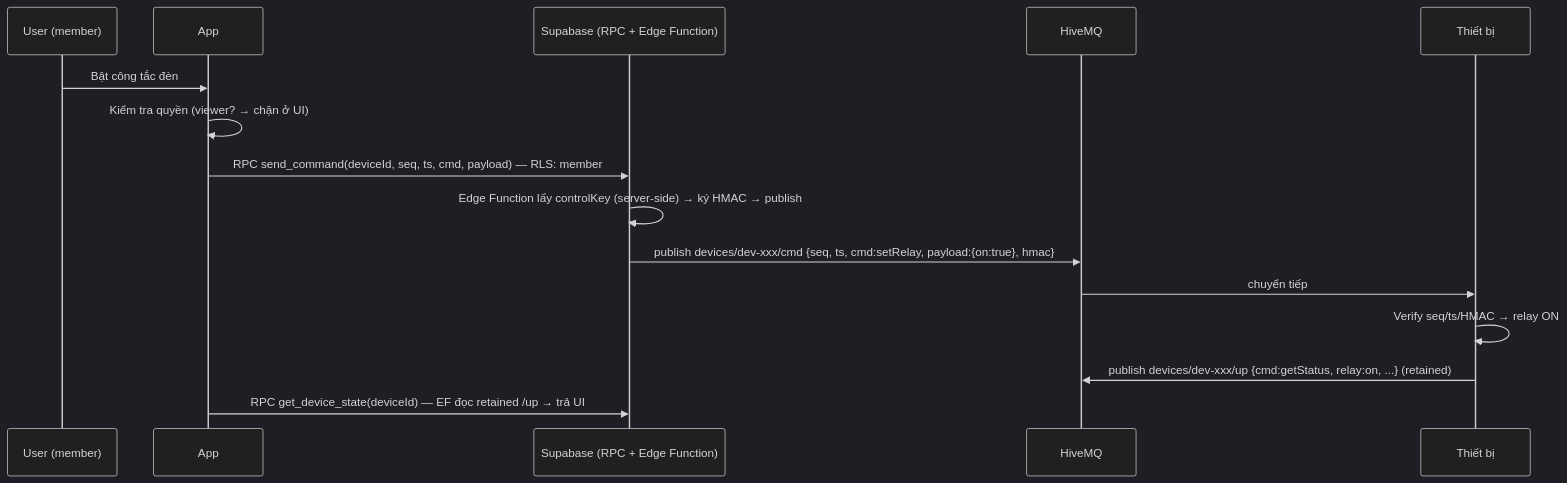
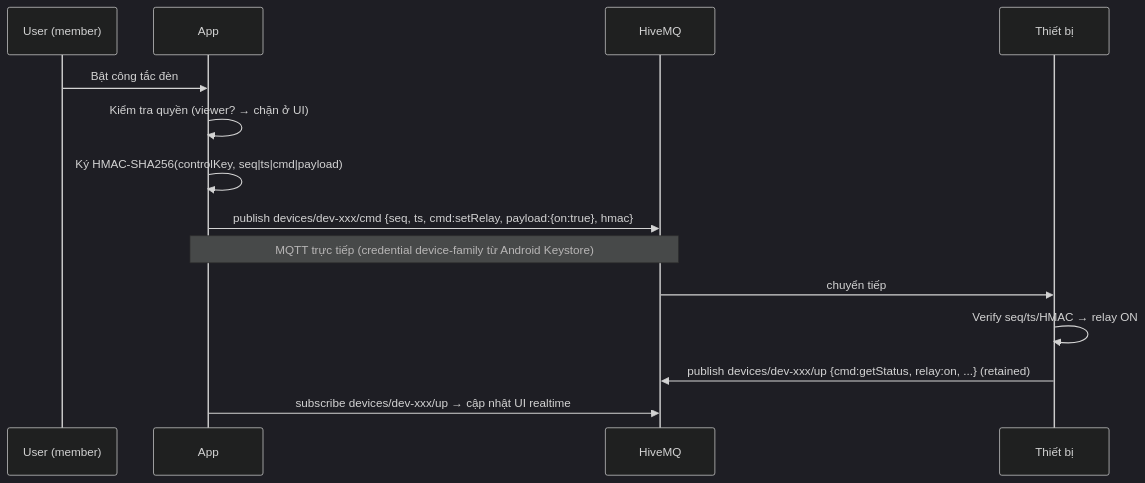
One commit to nndai/smart-home-platform changed the fifth of 7 diagrams in docs/ECOSYSTEM_PLAN.md. Above: the diagram before and after it, drawn with Mermaid (dark theme). The commit also changed other lines of this file and 1 other file, not shown here.

Commit message:
feat(pairing): update pairing process to include MQTT credentials and enhance security measures

````diff
--- a/docs/ECOSYSTEM_PLAN.md
+++ b/docs/ECOSYSTEM_PLAN.md
@@ -181,17 +181,16 @@
 ```mermaid
 sequenceDiagram
     participant U as User (member)
     participant A as App
-    participant S as Supabase (RPC + Edge Function)
     participant H as HiveMQ
     participant D as Thiết bị
     U->>A: Bật công tắc đèn
     A->>A: Kiểm tra quyền (viewer? → chặn ở UI)
-    A->>S: RPC send_command(deviceId, seq, ts, cmd, payload) — RLS: member
-    S->>S: Edge Function lấy controlKey (server-side) → ký HMAC → publish
-    S->>H: publish devices/dev-xxx/cmd {seq, ts, cmd:setRelay, payload:{on:true}, hmac}
+    A->>A: Ký HMAC-SHA256(controlKey, seq|ts|cmd|payload)
+    A->>H: publish devices/dev-xxx/cmd {seq, ts, cmd:setRelay, payload:{on:true}, hmac}
+    Note over A,H: MQTT trực tiếp (credential device-family từ Android Keystore)
     H->>D: chuyển tiếp
     D->>D: Verify seq/ts/HMAC → relay ON
     D->>H: publish devices/dev-xxx/up {cmd:getStatus, relay:on, ...} (retained)
-    A->>S: RPC get_device_state(deviceId) — EF đọc retained /up → trả UI
+    A->>H: subscribe devices/dev-xxx/up → cập nhật UI realtime
 ```
````
